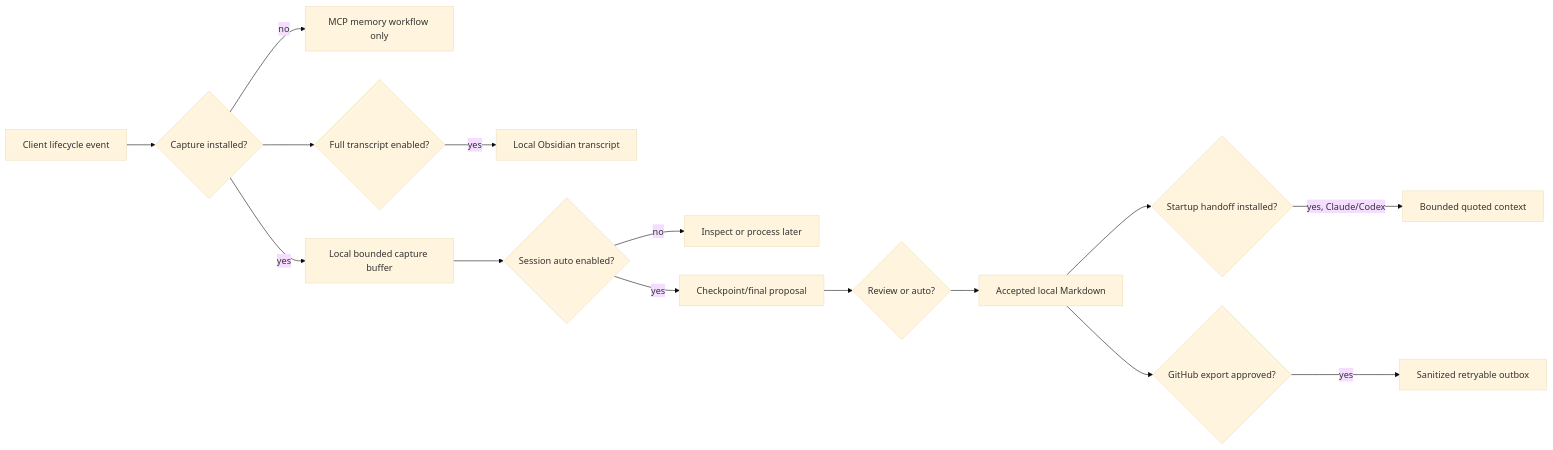
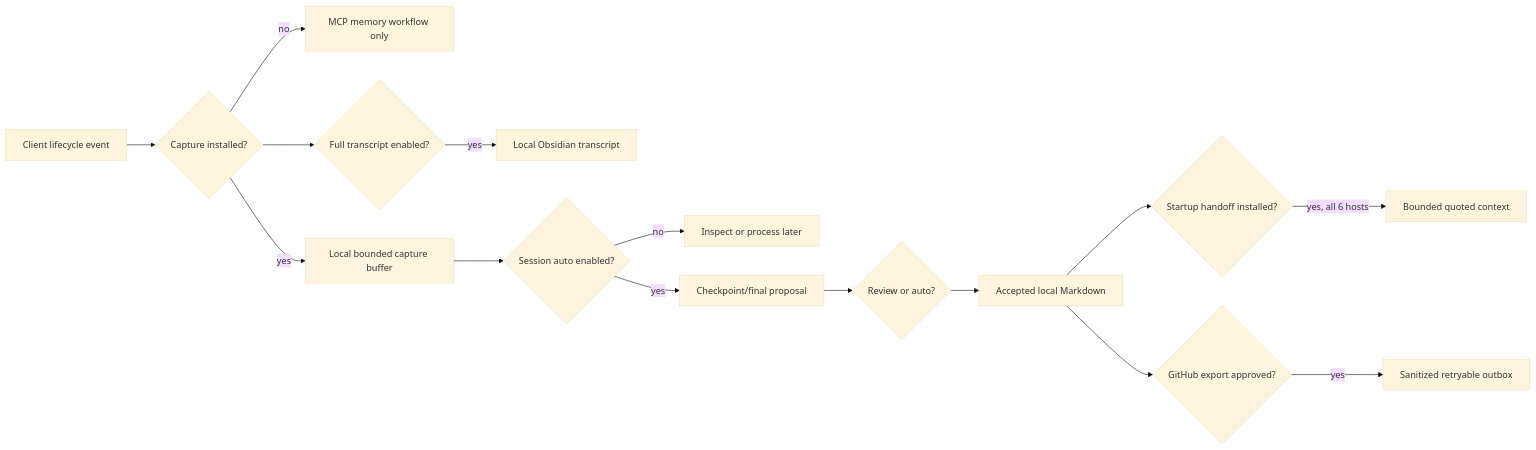
One commit to vib28/ai-memory-hub changed the second of 3 diagrams in README.md. Above: the diagram before and after it, drawn with Mermaid (base theme). The commit also changed other lines of this file and 3 other files, not shown here.

````diff
--- a/README.md
+++ b/README.md
@@ -100,17 +101,17 @@
 ```mermaid
 flowchart LR
     Event[Client lifecycle event] --> Capture{Capture installed?}
     Capture -->|no| MCP[MCP memory workflow only]
     Capture -->|yes| Buffer[Local bounded capture buffer]
     Capture --> Transcript{Full transcript enabled?}
     Transcript -->|yes| TranscriptMD[Local Obsidian transcript]
     Buffer --> Worker{Session auto enabled?}
     Worker -->|no| Review[Inspect or process later]
     Worker -->|yes| Checkpoint[Checkpoint/final proposal]
     Checkpoint --> Policy{Review or auto?}
     Policy --> Accepted[Accepted local Markdown]
     Accepted --> Handoff{Startup handoff installed?}
-    Handoff -->|yes, Claude/Codex| Context[Bounded quoted context]
+    Handoff -->|yes, all 6 hosts| Context[Bounded quoted context]
     Accepted --> Export{GitHub export approved?}
     Export -->|yes| Outbox[Sanitized retryable outbox]
 ```
````
